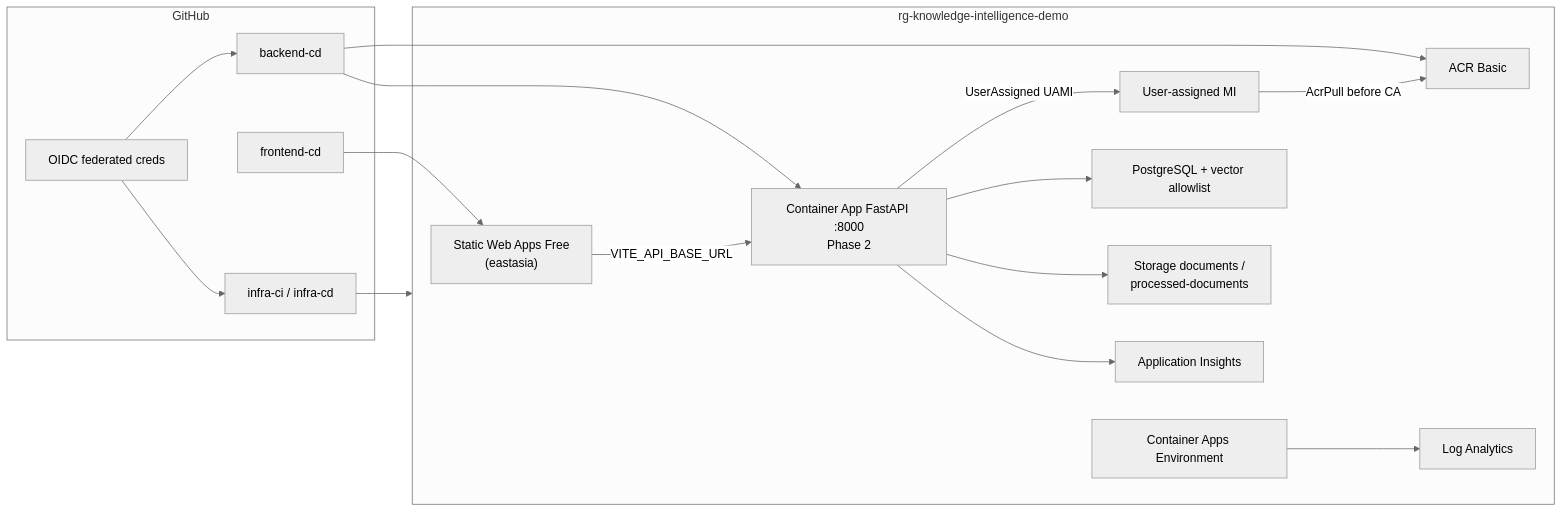
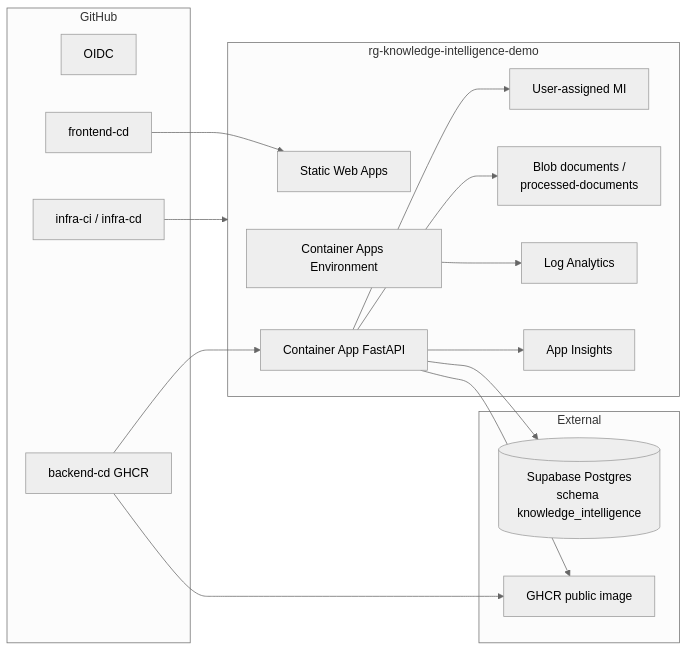
One commit to qingyanyang/invoice-breakdown-agent changed the diagram in infra/README.md. Above: the diagram before and after it, drawn with Mermaid (neutral theme). The commit also changed other lines of this file and 48 other files, not shown here.

````diff
--- a/infra/README.md
+++ b/infra/README.md
@@ -29,35 +25,35 @@
 ```mermaid
 flowchart LR
   subgraph github [GitHub]
-    OIDC[OIDC federated creds]
+    OIDC[OIDC]
     FE[frontend-cd]
-    BE[backend-cd]
+    BE[backend-cd GHCR]
     Infra[infra-ci / infra-cd]
   end
 
+  subgraph external [External]
+    SUPA[(Supabase Postgres\nschema knowledge_intelligence)]
+    GHCR[GHCR public image]
+  end
+
   subgraph rg [rg-knowledge-intelligence-demo]
-    SWA["Static Web Apps Free\n(eastasia)"]
+    SWA[Static Web Apps]
     CAE[Container Apps Environment]
-    CA["Container App FastAPI :8000\nPhase 2"]
+    CA[Container App FastAPI]
     UAMI[User-assigned MI]
-    ACR[ACR Basic]
-    PG["PostgreSQL + vector allowlist"]
-    ST["Storage documents /\nprocessed-documents"]
+    ST[Blob documents /\nprocessed-documents]
     LAW[Log Analytics]
-    AI[Application Insights]
+    AI[App Insights]
   end
 
   FE --> SWA
-  BE --> ACR
+  BE --> GHCR
   BE --> CA
   Infra --> rg
-  OIDC --> Infra
-  OIDC --> BE
-  SWA -->|"VITE_API_BASE_URL"| CA
-  CA --> PG
+  CA --> SUPA
+  CA --> GHCR
   CA --> ST
   CA --> AI
+  CA --> UAMI
   CAE --> LAW
-  UAMI -->|"AcrPull before CA"| ACR
-  CA -->|"UserAssigned UAMI"| UAMI
 ```
````
